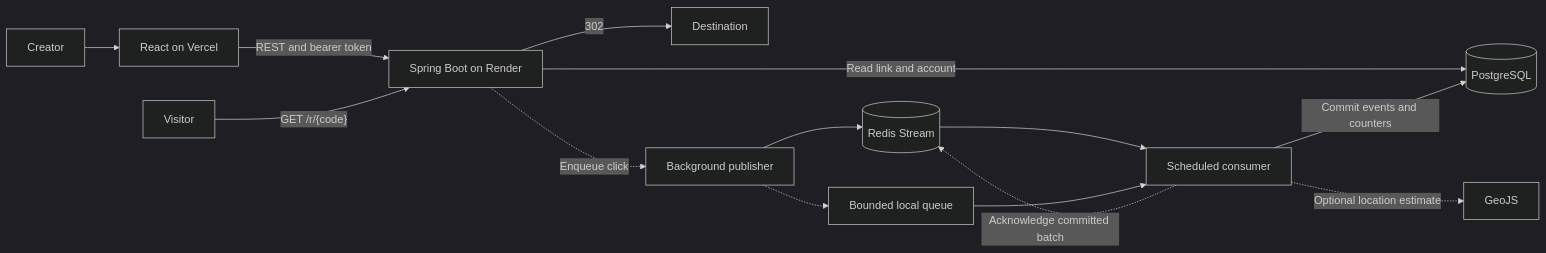
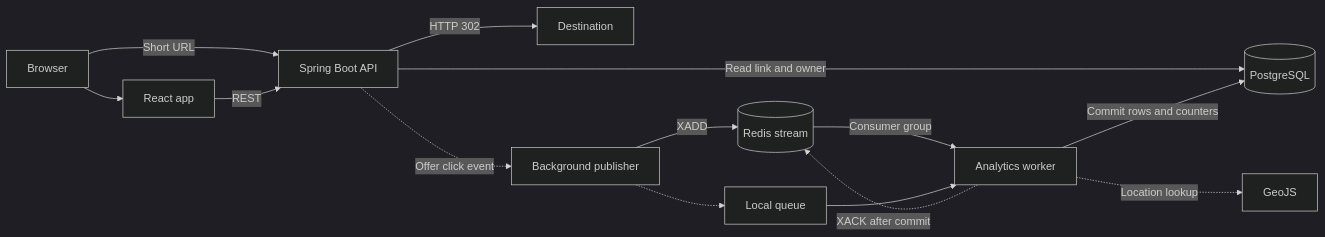
The diagram in PROJECT_DOCUMENTATIONS.md (adocxwork/linkly), drawn with Mermaid (dark theme) before and after one commit. The commit also changed other lines of this file and 14 other files, not shown here.

````diff
--- a/PROJECT_DOCUMENTATIONS.md
+++ b/PROJECT_DOCUMENTATIONS.md
@@ -7,16 +19,16 @@
 ```mermaid
 flowchart LR
-    Creator --> Vercel[React on Vercel]
-    Vercel -->|REST and bearer token| API[Spring Boot on Render]
-    Visitor -->|"GET /r/{code}"| API
-    API -->|Read link and account| PG[(PostgreSQL)]
-    API -->|302| Destination
-    API -.->|Enqueue click| Publisher[Background publisher]
-    Publisher --> Stream[(Redis Stream)]
-    Publisher -.-> Buffer[Bounded local queue]
-    Stream --> Worker[Scheduled consumer]
+    Browser[Browser] --> Frontend[React app]
+    Browser -->|Short URL| API[Spring Boot API]
+    Frontend -->|REST| API
+    API -->|Read link and owner| DB[(PostgreSQL)]
+    API -->|HTTP 302| Target[Destination]
+    API -.->|Offer click event| Publisher[Background publisher]
+    Publisher -->|XADD| Redis[(Redis stream)]
+    Publisher -.-> Buffer[Local queue]
+    Redis -->|Consumer group| Worker[Analytics worker]
     Buffer --> Worker
-    Worker -.->|Optional location estimate| GeoJS
-    Worker -->|Commit events and counters| PG
-    Worker -.->|Acknowledge committed batch| Stream
+    Worker -.->|Location lookup| GeoJS
+    Worker -->|Commit rows and counters| DB
+    Worker -.->|XACK after commit| Redis
 ```
````
